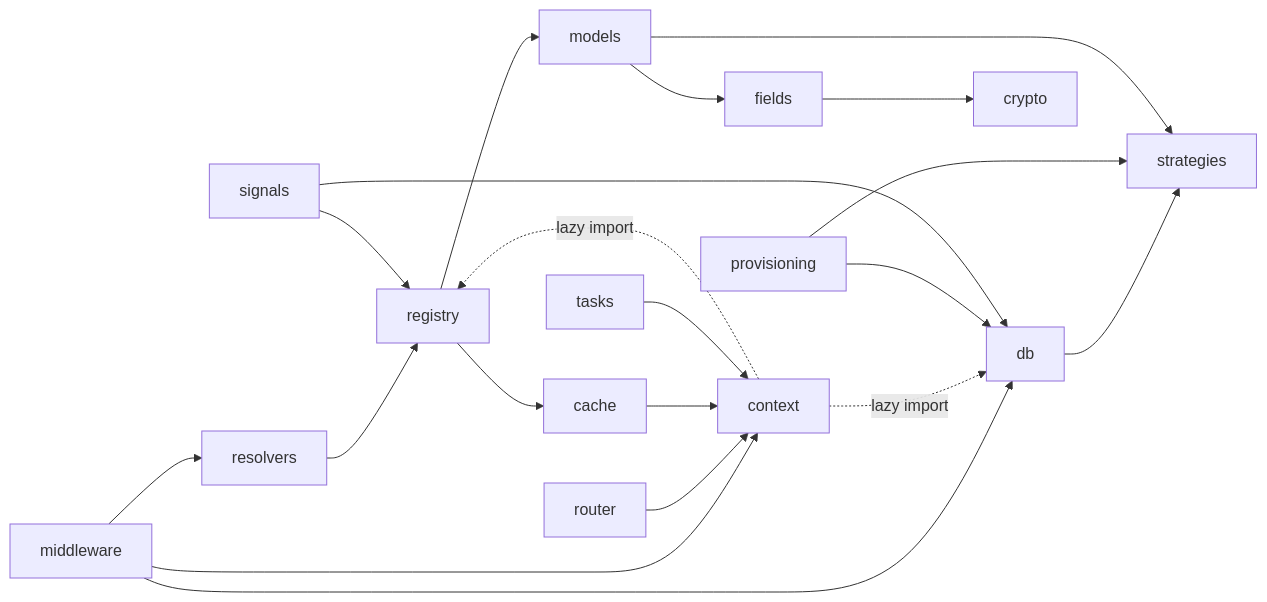
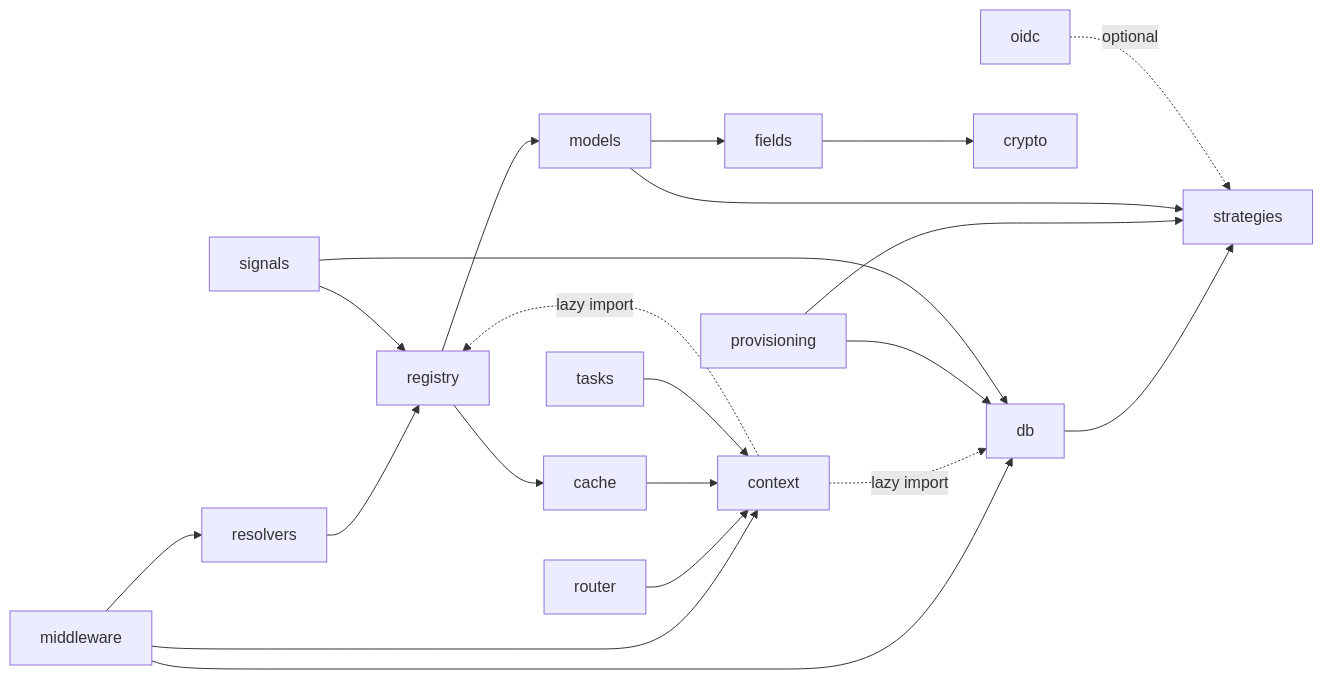
The diagram in docs/development-guide/codebase-structure.md (GigiusB/django-db-tenants), drawn with Mermaid before and after one commit. The commit also changed other lines of this file and 54 other files, not shown here.

````diff
--- a/docs/development-guide/codebase-structure.md
+++ b/docs/development-guide/codebase-structure.md
@@ -44,19 +44,20 @@
 ```mermaid
 flowchart LR
     middleware --> resolvers --> registry --> models
     middleware --> db
     db --> strategies
     provisioning --> strategies
     models --> strategies
     middleware --> context
     router --> context
     cache --> context
     context -. lazy import .-> db
     context -. lazy import .-> registry
     tasks --> context
     provisioning --> db
     signals --> registry
     signals --> db
     models --> fields --> crypto
     registry --> cache
+    oidc -. optional .-> strategies
 ```
````
